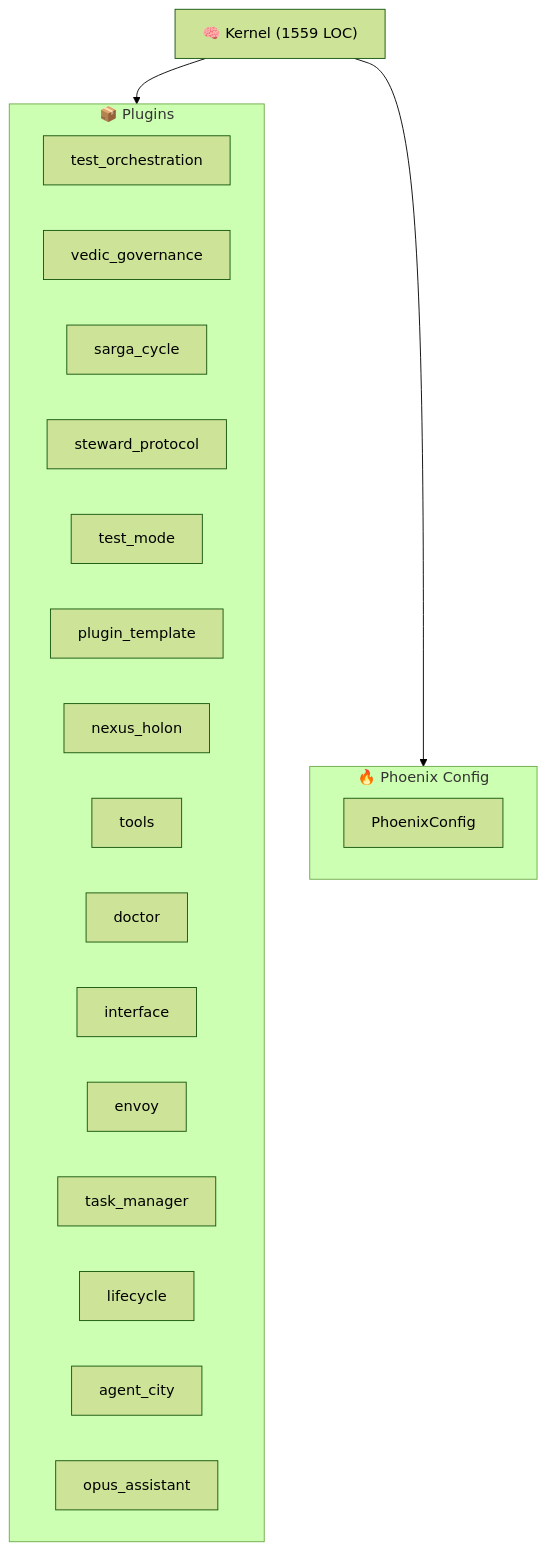
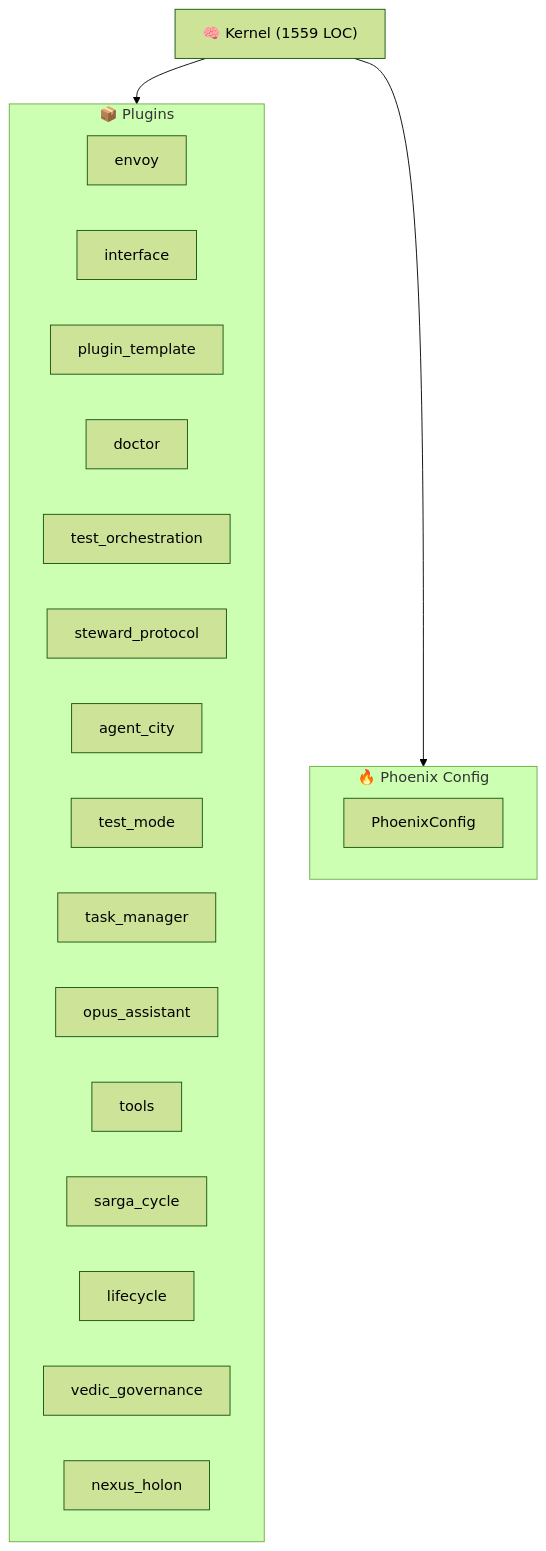
The diagram in ARCHITECTURE.md (kimeisele/steward-protocol), drawn with Mermaid (forest theme) before and after one commit. The commit also changed other lines of this file and 13 other files, not shown here.

````diff
--- a/ARCHITECTURE.md
+++ b/ARCHITECTURE.md
@@ -8,26 +8,26 @@
 ```mermaid
 graph TB
     K["🧠 Kernel (1559 LOC)"]
     subgraph Plugins["📦 Plugins"]
+        P_envoy["envoy"]
+        P_interface["interface"]
+        P_plugin_template["plugin_template"]
+        P_doctor["doctor"]
         P_test_orchestration["test_orchestration"]
+        P_steward_protocol["steward_protocol"]
+        P_agent_city["agent_city"]
+        P_test_mode["test_mode"]
+        P_task_manager["task_manager"]
+        P_opus_assistant["opus_assistant"]
+        P_tools["tools"]
+        P_sarga_cycle["sarga_cycle"]
+        P_lifecycle["lifecycle"]
         P_vedic_governance["vedic_governance"]
-        P_sarga_cycle["sarga_cycle"]
-        P_steward_protocol["steward_protocol"]
-        P_test_mode["test_mode"]
-        P_plugin_template["plugin_template"]
         P_nexus_holon["nexus_holon"]
-        P_tools["tools"]
-        P_doctor["doctor"]
-        P_interface["interface"]
-        P_envoy["envoy"]
-        P_task_manager["task_manager"]
-        P_lifecycle["lifecycle"]
-        P_agent_city["agent_city"]
-        P_opus_assistant["opus_assistant"]
     end
     K --> Plugins
     subgraph Config["🔥 Phoenix Config"]
         PC[PhoenixConfig]
     end
     K --> Config
 ```
````
